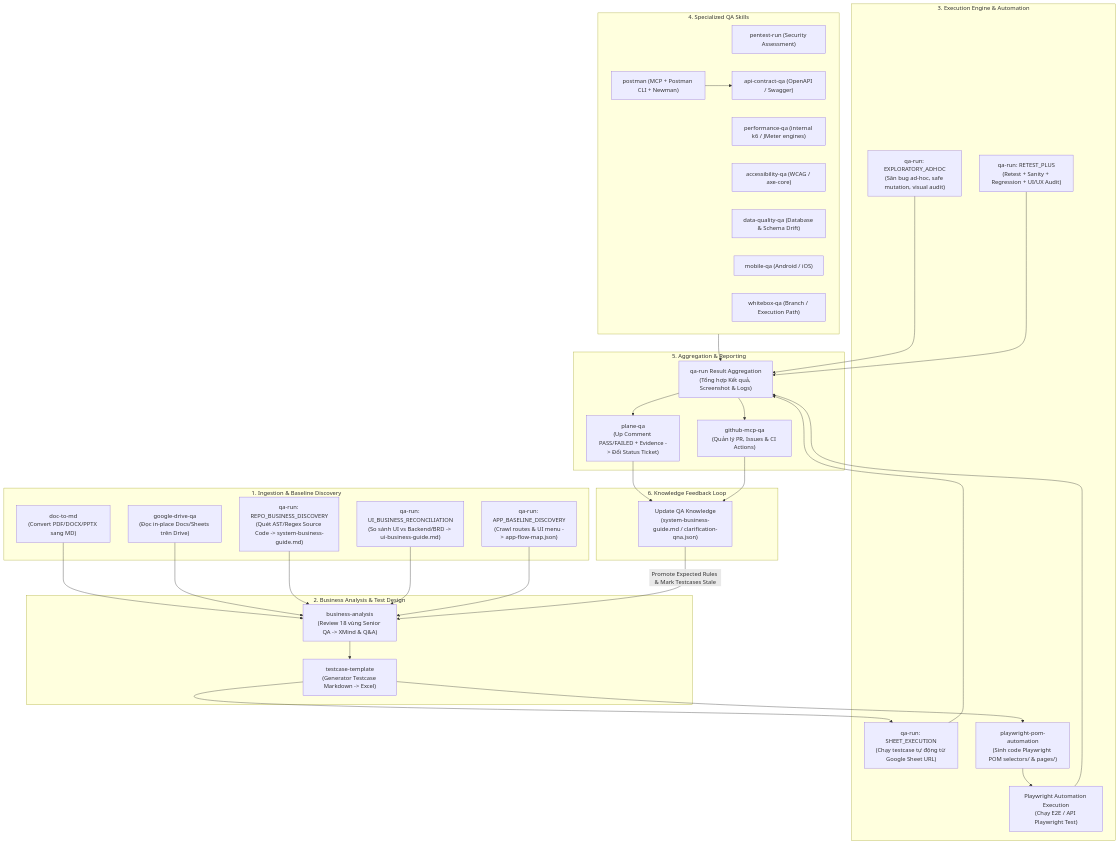
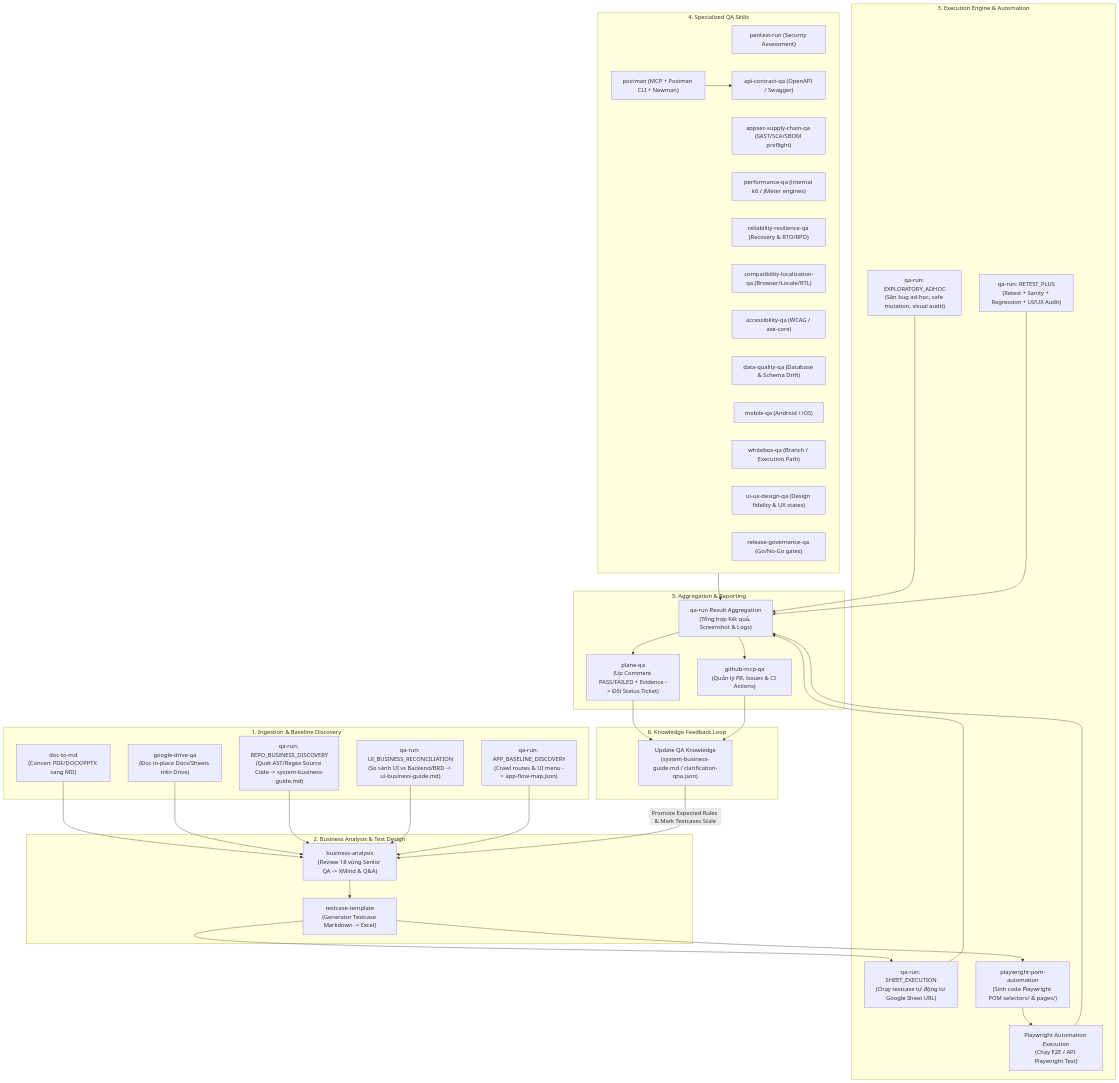
One commit to tqphong02/QA-skill changed the first of 3 diagrams in SKILL_FLOW_MAPPING.md. Above: the diagram before and after it, drawn with Mermaid. The commit also changed other lines of this file and 56 other files, not shown here.

````diff
--- a/SKILL_FLOW_MAPPING.md
+++ b/SKILL_FLOW_MAPPING.md
@@ -18,66 +18,71 @@
 ```mermaid
 flowchart TD
     %% 1. Ingestion & Discovery
     subgraph S1["1. Ingestion & Baseline Discovery"]
         DOC["doc-to-md\n(Convert PDF/DOCX/PPTX sang MD)"]
         DRIVE["google-drive-qa\n(Đọc in-place Docs/Sheets trên Drive)"]
         RBD["qa-run: REPO_BUSINESS_DISCOVERY\n(Quét AST/Regex Source Code -> system-business-guide.md)"]
         UBR["qa-run: UI_BUSINESS_RECONCILIATION\n(So sánh UI vs Backend/BRD -> ui-business-guide.md)"]
         ABD["qa-run: APP_BASELINE_DISCOVERY\n(Crawl routes & UI menu -> app-flow-map.json)"]
     end
 
     %% 2. Business Analysis & Test Design
     subgraph S2["2. Business Analysis & Test Design"]
         BA["business-analysis\n(Review 18 vùng Senior QA -> XMind & Q&A)"]
         TCT["testcase-template\n(Generator Testcase Markdown -> Excel)"]
     end
 
     %% 3. Execution & Automation Engine
     subgraph S3["3. Execution Engine & Automation"]
         EX_SHEET["qa-run: SHEET_EXECUTION\n(Chạy testcase tự động từ Google Sheet URL)"]
         EX_EXPLORATORY["qa-run: EXPLORATORY_ADHOC\n(Săn bug ad-hoc, safe mutation, visual audit)"]
         EX_RETEST["qa-run: RETEST_PLUS\n(Retest + Sanity + Regression + UI/UX Audit)"]
         POM_GEN["playwright-pom-automation\n(Sinh code Playwright POM selectors/ & pages/)"]
         POM_EXEC["Playwright Automation Execution\n(Chạy E2E / API Playwright Test)"]
     end
 
     %% 4. Specialized Testing
     subgraph S4["4. Specialized QA Skills"]
         SEC["pentest-run (Security Assessment)"]
+        APPSEC["appsec-supply-chain-qa (SAST/SCA/SBOM preflight)"]
         PERF["performance-qa (internal k6 / JMeter engines)"]
+        RES["reliability-resilience-qa (Recovery & RTO/RPO)"]
+        COMPAT["compatibility-localization-qa (Browser/Locale/RTL)"]
         POSTMAN["postman (MCP + Postman CLI + Newman)"]
         API["api-contract-qa (OpenAPI / Swagger)"]
         ACC["accessibility-qa (WCAG / axe-core)"]
         DBQ["data-quality-qa (Database & Schema Drift)"]
         MOB["mobile-qa (Android / iOS)"]
         WB["whitebox-qa (Branch / Execution Path)"]
+        UIUX["ui-ux-design-qa (Design fidelity & UX states)"]
+        RELEASE["release-governance-qa (Go/No-Go gates)"]
     end
 
     %% 5. Reporting & Exporters
     subgraph S5["5. Aggregation & Reporting"]
         AGG["qa-run Result Aggregation\n(Tổng hợp Kết quả, Screenshot & Logs)"]
         PLANE["plane-qa\n(Up Comment PASS/FAILED + Evidence -> Đổi Status Ticket)"]
         GH["github-mcp-qa\n(Quản lý PR, Issues & CI Actions)"]
     end
 
     %% 6. Feedback Loop
     subgraph S6["6. Knowledge Feedback Loop"]
         FB["Update QA Knowledge\n(system-business-guide.md / clarification-qna.json)"]
     end
 
     %% Data Connections
     DOC & DRIVE & RBD & UBR & ABD --> BA
     BA --> TCT
     TCT --> EX_SHEET
     TCT --> POM_GEN
     POM_GEN --> POM_EXEC
     POSTMAN --> API
     
     EX_SHEET & EX_EXPLORATORY & EX_RETEST & POM_EXEC & S4 --> AGG
     
     AGG --> PLANE
     AGG --> GH
     
     PLANE & GH --> FB
     FB -->|Promote Expected Rules & Mark Testcases Stale| BA
 ```
````
